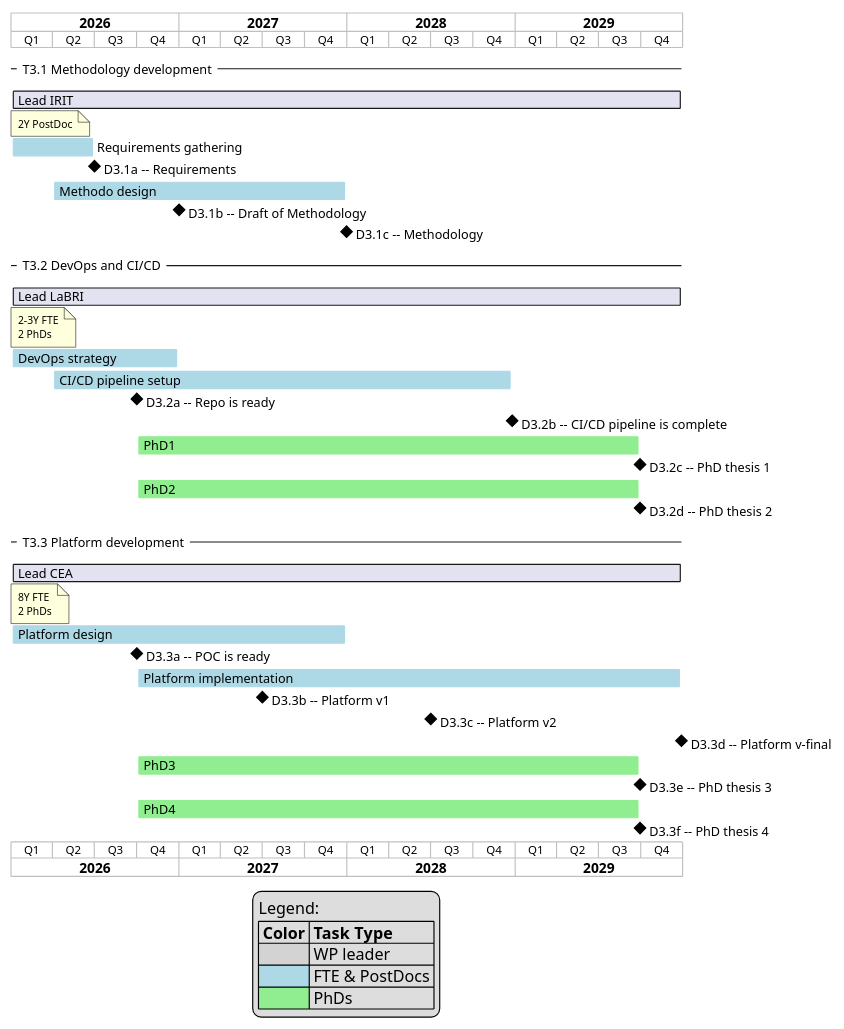
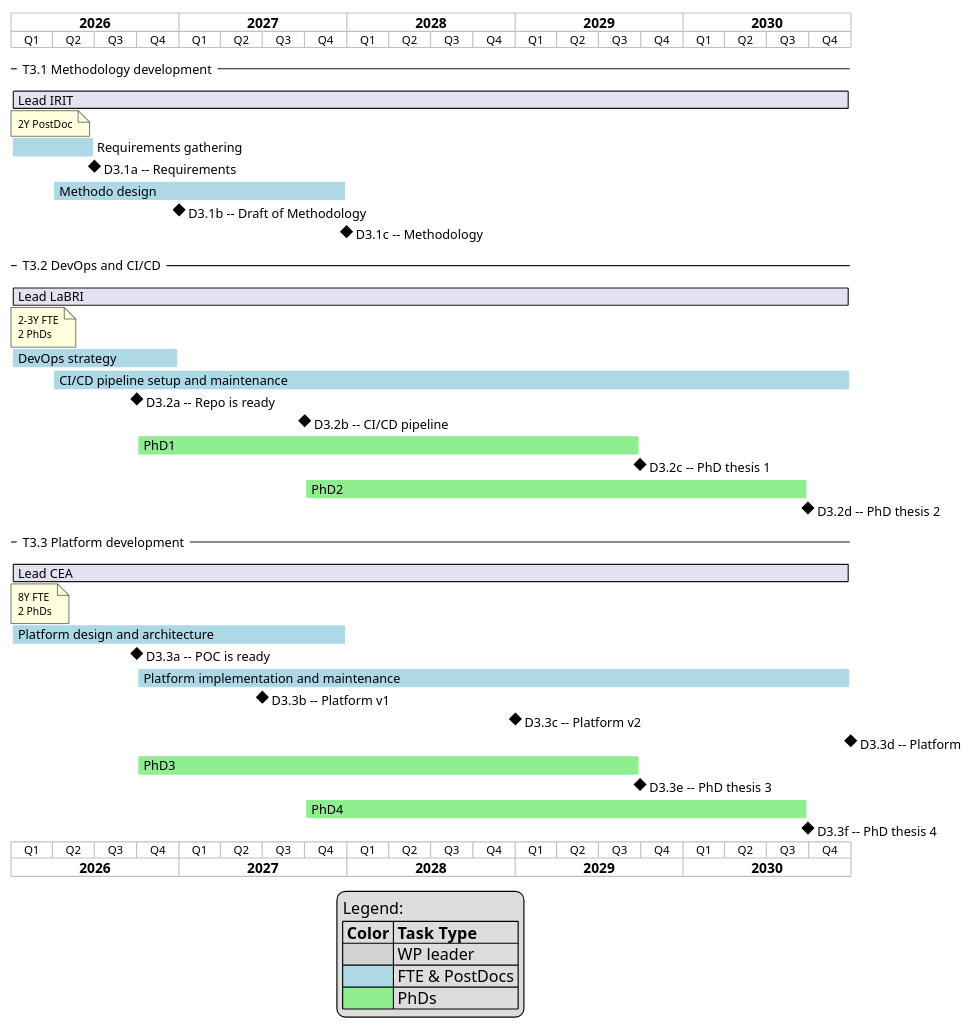
The diagram in pc3-gantt.plantuml (jmbruel/edt-pc3), drawn with PlantUML before and after one commit. The commit also changed 1 other file, not shown here.

```diff
--- a/pc3-gantt.plantuml
+++ b/pc3-gantt.plantuml
@@ -1,81 +1,83 @@
 @startgantt PC3GanttChart
 
 printscale quarterly
 Project starts the 1st of January 2026
 ' Project ends the 31st of December 2029
 -- T3.1 Methodology development --
 ' PostDoc 2 ans
-[Lead IRIT] requires 1460 days
+[Lead IRIT] requires 1825 days
 note bottom
   2Y PostDoc
 end note
 
 [Requirements gathering] as [T3.1a] requires 182 days and is colored in LightBlue
 [D3.1a -- Requirements] happens at [T3.1a]'s end
 
 [Methodo design] as [T3.1b] requires 640 days and is colored in LightBlue
 [T3.1b] starts 1st April 2026
 [D3.1b -- Draft of Methodology ] happens 1st January 2027
 [D3.1c -- Methodology] happens at [T3.1b]'s end
 
 -- T3.2 DevOps and CI/CD --
 ' 1.5 FTE + 1.5 FTE
-[Lead LaBRI] requires 1460 days
+[Lead LaBRI] requires 1825 days
 note bottom
   2-3Y FTE
   2 PhDs
 end note
 
 
 [DevOps strategy] as [T3.2a] requires 365 days and is colored in LightBlue
 [T3.2a] starts 1st January 2026
-[CI/CD pipeline setup] as [T3.2b] requires 1000 days and is colored in LightBlue
+[CI/CD pipeline setup and maintenance] as [T3.2b] is colored in LightBlue
 [T3.2b] starts 1st April 2026
+[T3.2b] ends 31st December 2030
 
 [D3.2a -- Repo is ready] happens 1st October 2026
-[D3.2b -- CI/CD pipeline is complete] happens at [T3.2b]'s end
+[D3.2b -- CI/CD pipeline] happens 1st October 2027
 
 [PhD1] as [T3.2c] requires 1095 days and is colored in LightGreen
 [T3.2c] starts 1st October 2026
 [D3.2c -- PhD thesis 1] happens at [T3.2c]'s end
 
 [PhD2] as [T3.2d] requires 1095 days and is colored in LightGreen
-[T3.2d] starts 1st October 2026
+[T3.2d] starts 1st October 2027
 [D3.2d -- PhD thesis 2] happens at [T3.2d]'s end
 
 -- T3.3 Platform development --
 ' 2FTE 4 years
-[Lead CEA] requires 1460 days
+[Lead CEA] requires 1825 days
 note bottom
   8Y FTE
   2 PhDs
 end note
 
-[Platform design] as [T3.3a] requires 730 days and is colored in LightBlue
+[Platform design and architecture] as [T3.3a] requires 730 days and is colored in LightBlue
 [T3.3a] starts 1st January 2026
 [D3.3a -- POC is ready] happens 1st October 2026
 
-[Platform implementation] as [T3.3b] requires 1185 days and is colored in LightBlue
+[Platform implementation and maintenance] as [T3.3b] is colored in LightBlue
 [T3.3b] starts 1st October 2026
+[T3.3b] ends 31st December 2030
 [D3.3b -- Platform v1] happens 1st July 2027
-[D3.3c -- Platform v2] happens 1st July 2028
-[D3.3d -- Platform v-final] happens at [T3.3b]'s end
+[D3.3c -- Platform v2] happens 1st January 2029
+[D3.3d -- Platform] happens at [T3.3b]'s end
 
 [PhD3] as [T3.3c] requires 1095 days and is colored in LightGreen
 [T3.3c] starts 1st October 2026
 [D3.3e -- PhD thesis 3] happens at [T3.3c]'s end
 
 [PhD4] as [T3.3d] requires 1095 days and is colored in LightGreen
-[T3.3d] starts 1st October 2026
+[T3.3d] starts 1st October 2027
 [D3.3f -- PhD thesis 4] happens at [T3.3d]'s end
 
 ' Legend
 legend
 Legend:
 |= Color |= Task Type |
 |<#lightgray> | WP leader |
 |<#LightBlue>| FTE & PostDocs |
 |<#LightGreen> | PhDs |
 end legend
 
 @endgantt
```
